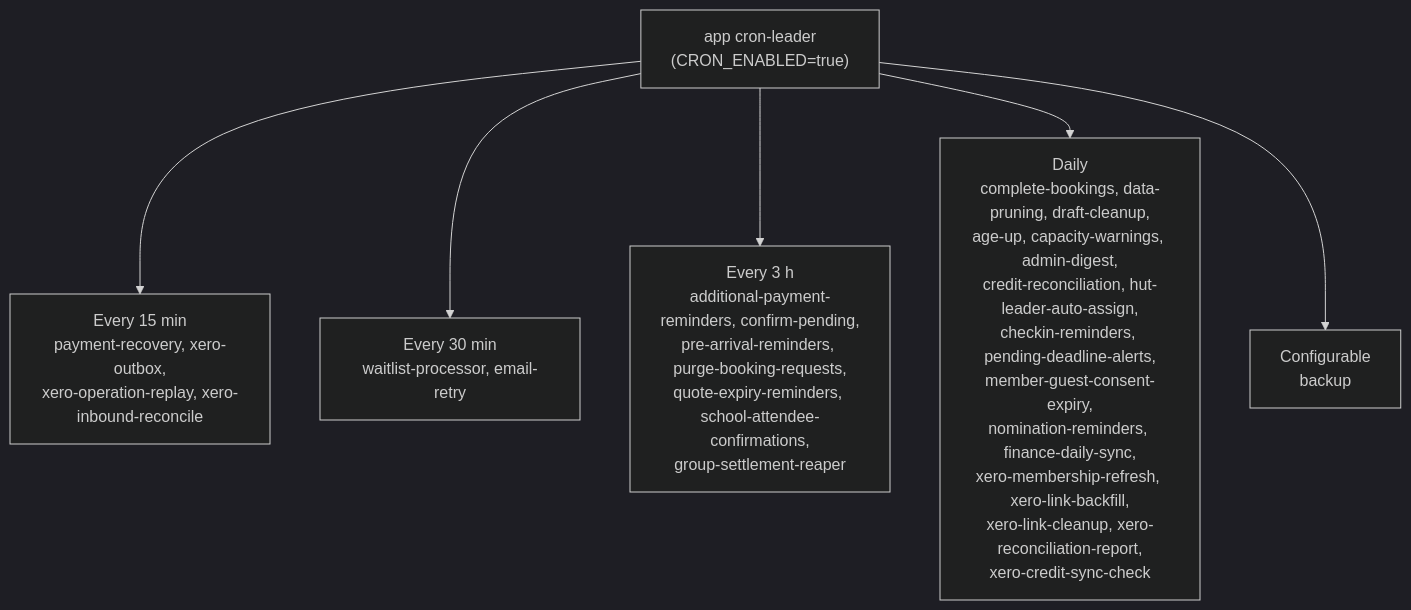
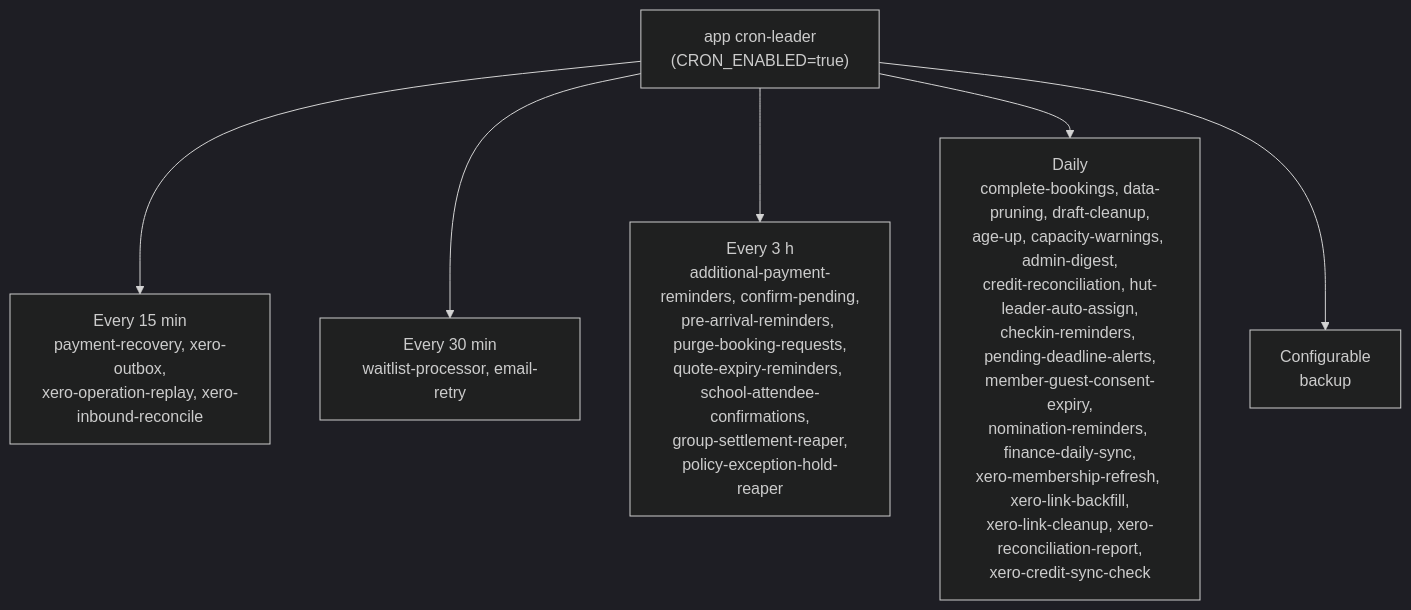
The fifth of 5 diagrams in docs/ARCHITECTURE.md (hoppers99/AlpineClubBookingsNZ), drawn with Mermaid (dark theme) before and after one commit. The commit also changed other lines of this file and 19 other files, not shown here.

````diff
--- a/docs/ARCHITECTURE.md
+++ b/docs/ARCHITECTURE.md
@@ -2386,9 +2386,9 @@
 ```mermaid
 flowchart TD
     Leader["app cron-leader<br/>(CRON_ENABLED=true)"]
     Leader --> Q15["Every 15 min<br/>payment-recovery, xero-outbox,<br/>xero-operation-replay, xero-inbound-reconcile"]
     Leader --> Q30["Every 30 min<br/>waitlist-processor, email-retry"]
-    Leader --> Q3h["Every 3 h<br/>additional-payment-reminders, confirm-pending,<br/>pre-arrival-reminders, purge-booking-requests,<br/>quote-expiry-reminders, school-attendee-confirmations,<br/>group-settlement-reaper"]
+    Leader --> Q3h["Every 3 h<br/>additional-payment-reminders, confirm-pending,<br/>pre-arrival-reminders, purge-booking-requests,<br/>quote-expiry-reminders, school-attendee-confirmations,<br/>group-settlement-reaper,<br/>policy-exception-hold-reaper"]
     Leader --> Daily["Daily<br/>complete-bookings, data-pruning, draft-cleanup,<br/>age-up, capacity-warnings, admin-digest,<br/>credit-reconciliation, hut-leader-auto-assign,<br/>checkin-reminders, pending-deadline-alerts,<br/>member-guest-consent-expiry,<br/>nomination-reminders, finance-daily-sync,<br/>xero-membership-refresh, xero-link-backfill,<br/>xero-link-cleanup, xero-reconciliation-report,<br/>xero-credit-sync-check"]
     Leader --> Cfg["Configurable<br/>backup"]
 ```
````
